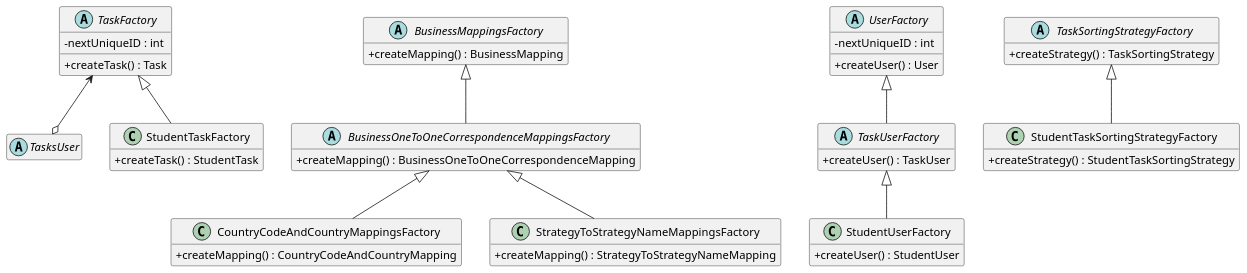
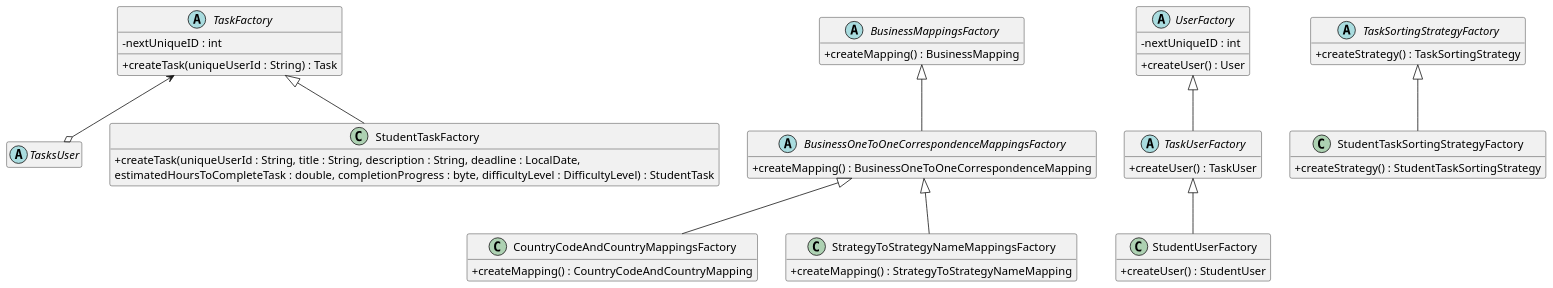
One commit to CSC207-2025F-UofT/team-project changed the second of 2 diagrams in Entities.puml. Above: the diagram before and after it, drawn with PlantUML. The commit also changed other lines of this file, not shown here.

Commit message:
updated entity PlantUML diagram

```diff
--- a/Entities.puml
+++ b/Entities.puml
@@ -145,76 +146,77 @@
 @startuml
 'https://plantuml.com/class-diagram
 ' `..|>` represents Interface Realization/Implementation (dashed line with an open arrow).
 ' `--|>` represents Inheritance/Generalization (solid line with an open arrow).
 ' `o-->` represents Aggregation (a hollow diamond pointing to the owner/container). The "\*" indicates multiplicity (e.g., Drawing holds multiple Shape objects).
 skinparam dpi 120
 skinparam classAttributeIconSize 0
 hide empty members
 
 ' ========
 ' Factories
 ' ========
 
 abstract class TasksUser
 
 abstract class BusinessMappingsFactory {
   + createMapping() : BusinessMapping
 }
 
 abstract class BusinessOneToOneCorrespondenceMappingsFactory {
   + createMapping() : BusinessOneToOneCorrespondenceMapping
 }
 
 class CountryCodeAndCountryMappingsFactory {
   + createMapping() : CountryCodeAndCountryMapping
 }
 
 class StrategyToStrategyNameMappingsFactory {
   + createMapping() : StrategyToStrategyNameMapping
 }
 
 BusinessMappingsFactory <|-- BusinessOneToOneCorrespondenceMappingsFactory
 BusinessOneToOneCorrespondenceMappingsFactory <|-- CountryCodeAndCountryMappingsFactory
 BusinessOneToOneCorrespondenceMappingsFactory <|-- StrategyToStrategyNameMappingsFactory
 
 abstract class UserFactory {
   - nextUniqueID : int
   + createUser() : User
 }
 
 abstract class TaskUserFactory {
   + createUser() : TaskUser
 }
 
 class StudentUserFactory {
   + createUser() : StudentUser
 }
 
 UserFactory <|-- TaskUserFactory
 TaskUserFactory <|-- StudentUserFactory
 
 abstract class TaskFactory {
   - nextUniqueID : int
-  + createTask() : Task
+  + createTask(uniqueUserId : String) : Task
 }
 
 class StudentTaskFactory {
-  + createTask() : StudentTask
+  + createTask(uniqueUserId : String, title : String, description : String, deadline : LocalDate,
+  estimatedHoursToCompleteTask : double, completionProgress : byte, difficultyLevel : DifficultyLevel) : StudentTask
 }
 
 TaskFactory <|-- StudentTaskFactory
 
 abstract class TaskSortingStrategyFactory {
   + createStrategy() : TaskSortingStrategy
 }
 
 class StudentTaskSortingStrategyFactory {
   + createStrategy() : StudentTaskSortingStrategy
 }
 
 TaskSortingStrategyFactory <|-- StudentTaskSortingStrategyFactory
 
 ' The following TaskUser is a continuation from the PlantUML diagram described above
 TaskFactory <--o TasksUser
 
 @enduml
```
